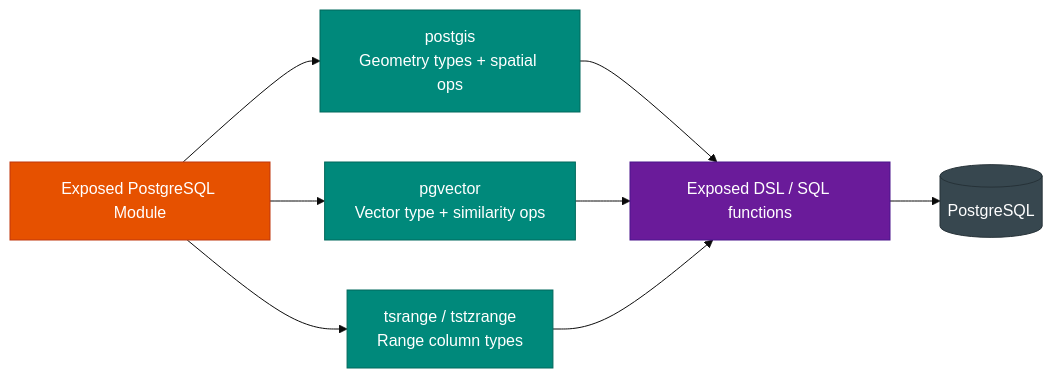
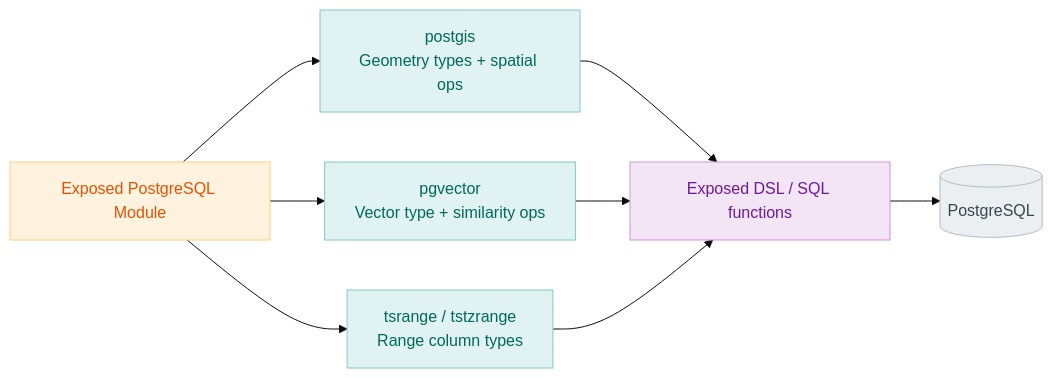
Before and after one commit to bluetape4k/bluetape4k-projects: the first of 2 diagrams in data/exposed-postgresql/README.ko.md, drawn with Mermaid (base theme). The commit also changed other lines of this file and 219 other files, not shown here.

First line of the commit message:
docs: 전체 README Mermaid 다이어그램 가이드 적용

````diff
--- a/data/exposed-postgresql/README.ko.md
+++ b/data/exposed-postgresql/README.ko.md
@@ -9,29 +9,29 @@
 ```mermaid
 flowchart LR
     Core["Exposed PostgreSQL Module"]
     PostGIS["postgis<br/>Geometry types + spatial ops"]
     Pgvector["pgvector<br/>Vector type + similarity ops"]
     Range["tsrange / tstzrange<br/>Range column types"]
     Query["Exposed DSL / SQL functions"]
     PG[("PostgreSQL")]
 
     Core --> PostGIS
     Core --> Pgvector
     Core --> Range
     PostGIS --> Query
     Pgvector --> Query
     Range --> Query
     Query --> PG
 
-    classDef coreStyle fill:#E65100,stroke:#BF360C,color:#FFFFFF
-    classDef featureStyle fill:#00897B,stroke:#00695C,color:#FFFFFF
-    classDef queryStyle fill:#6A1B9A,stroke:#4A148C,color:#FFFFFF
-    classDef dbStyle fill:#37474F,stroke:#263238,color:#FFFFFF
+    classDef coreStyle fill:#FFF3E0,stroke:#FFCC80,color:#E65100
+    classDef featureStyle fill:#E0F2F1,stroke:#80CBC4,color:#00695C
+    classDef queryStyle fill:#F3E5F5,stroke:#CE93D8,color:#6A1B9A
+    classDef dbStyle fill:#ECEFF1,stroke:#B0BEC5,color:#37474F
 
     class Core coreStyle
     class PostGIS featureStyle
     class Pgvector featureStyle
     class Range featureStyle
     class Query queryStyle
     class PG dbStyle
 ```
````
